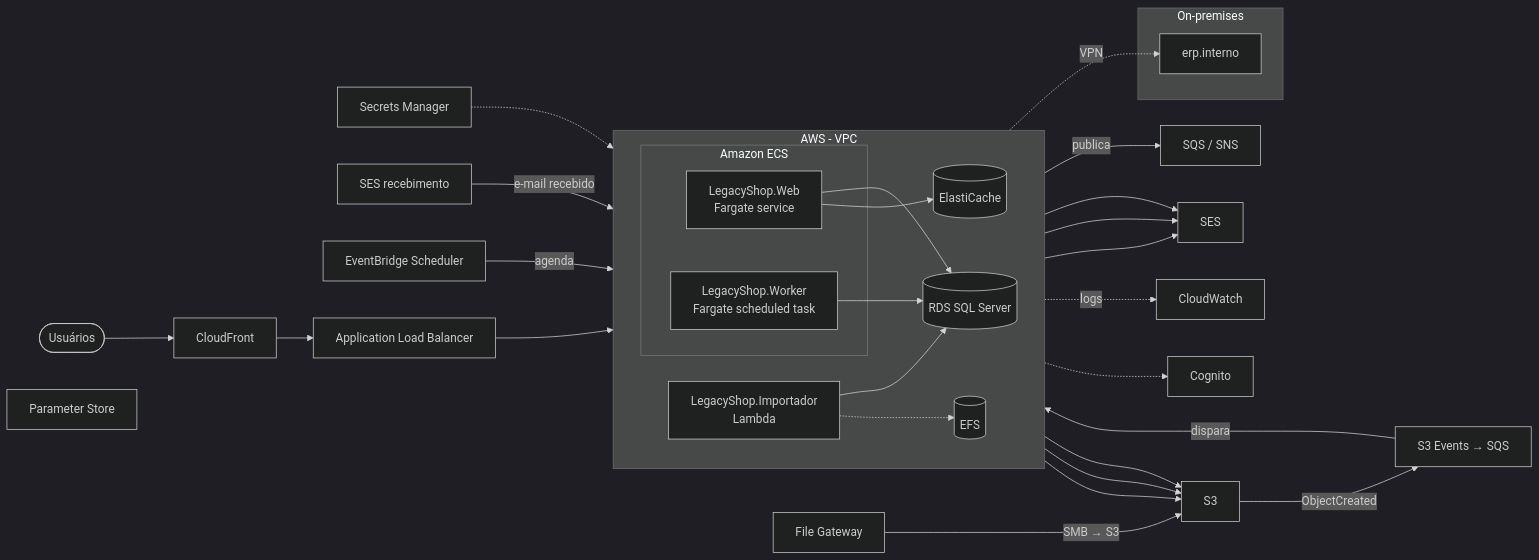
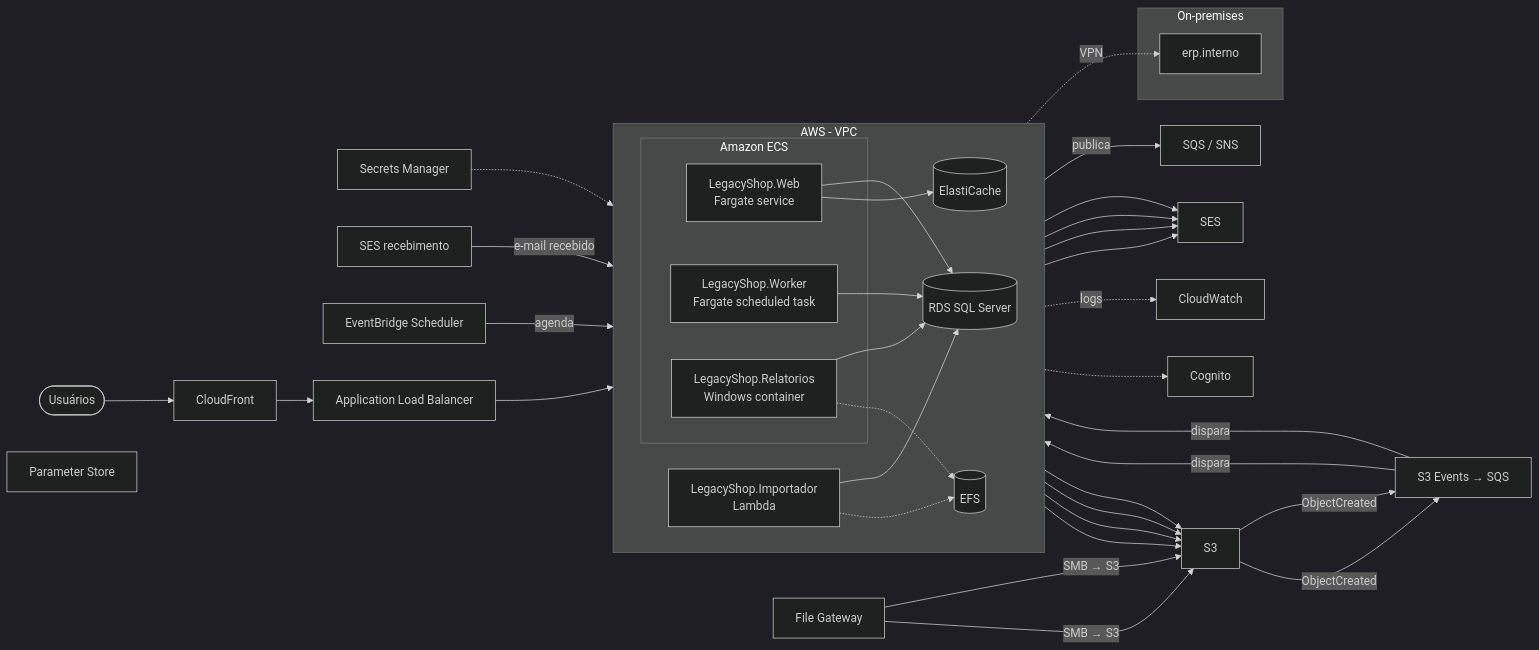
Before and after one commit to digounet/DotnetMigrator: the diagram in docs/demo/migration-report.md, drawn with Mermaid (dark theme). The commit also changed other lines of this file and 17 other files, not shown here.

First line of the commit message:
docs: site with interactive diagrams, refreshed demo report

````diff
--- a/docs/demo/migration-report.md
+++ b/docs/demo/migration-report.md
@@ -63,53 +65,60 @@
 ```mermaid
 flowchart LR
     users([Usuários])
     cf[CloudFront]
     alb[Application Load Balancer]
     subgraph aws[AWS - VPC]
         direction LR
         LegacyShop_Importador["LegacyShop.Importador<br/>Lambda"]
         subgraph ecs[Amazon ECS]
             LegacyShop_Web["LegacyShop.Web<br/>Fargate service"]
             LegacyShop_Worker["LegacyShop.Worker<br/>Fargate scheduled task"]
+            LegacyShop_Relatorios["LegacyShop.Relatorios<br/>Windows container"]
         end
         rds_sqlserver[(RDS SQL Server)]
         elasticache[(ElastiCache)]
         efs[(EFS)]
     end
     s3[S3]
     s3_events[S3 Events → SQS]
     storage_gateway[File Gateway]
     sqs[SQS / SNS]
     ses[SES]
     ses_inbound[SES recebimento]
     eventbridge[EventBridge Scheduler]
     secrets[Secrets Manager]
     ssm[Parameter Store]
     cloudwatch[CloudWatch]
     cognito[Cognito]
     subgraph onprem[On-premises]
         op_erp_interno[erp.interno]
     end
     users --> cf --> alb
     alb --> LegacyShop_Web
     LegacyShop_Web --> rds_sqlserver
     LegacyShop_Web --> s3
     LegacyShop_Web --> ses
     LegacyShop_Web --> elasticache
     LegacyShop_Web -- publica --> sqs
     LegacyShop_Web -.-> cognito
     LegacyShop_Worker --> rds_sqlserver
     LegacyShop_Worker --> s3
     LegacyShop_Worker --> ses
     eventbridge -- agenda --> LegacyShop_Worker
     LegacyShop_Worker -. VPN .-> op_erp_interno
     LegacyShop_Importador --> rds_sqlserver
     LegacyShop_Importador --> s3
     LegacyShop_Importador -.-> efs
     LegacyShop_Importador --> ses
     s3 -- ObjectCreated --> s3_events -- dispara --> LegacyShop_Importador
     storage_gateway -- SMB → S3 --> s3
     ses_inbound -- e-mail recebido --> LegacyShop_Importador
+    LegacyShop_Relatorios --> rds_sqlserver
+    LegacyShop_Relatorios --> s3
+    LegacyShop_Relatorios -.-> efs
+    LegacyShop_Relatorios --> ses
+    s3 -- ObjectCreated --> s3_events -- dispara --> LegacyShop_Relatorios
+    storage_gateway -- SMB → S3 --> s3
     secrets -.-> LegacyShop_Web
     LegacyShop_Web -. logs .-> cloudwatch
 ```
````
